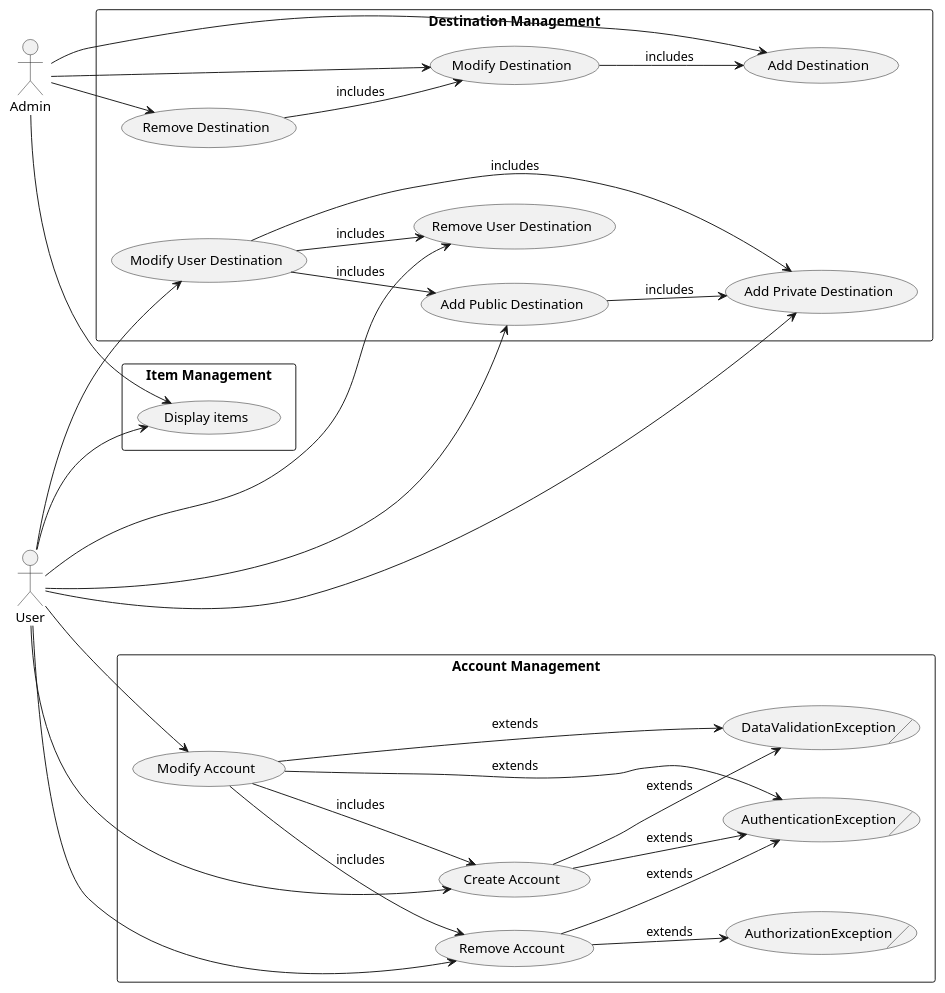
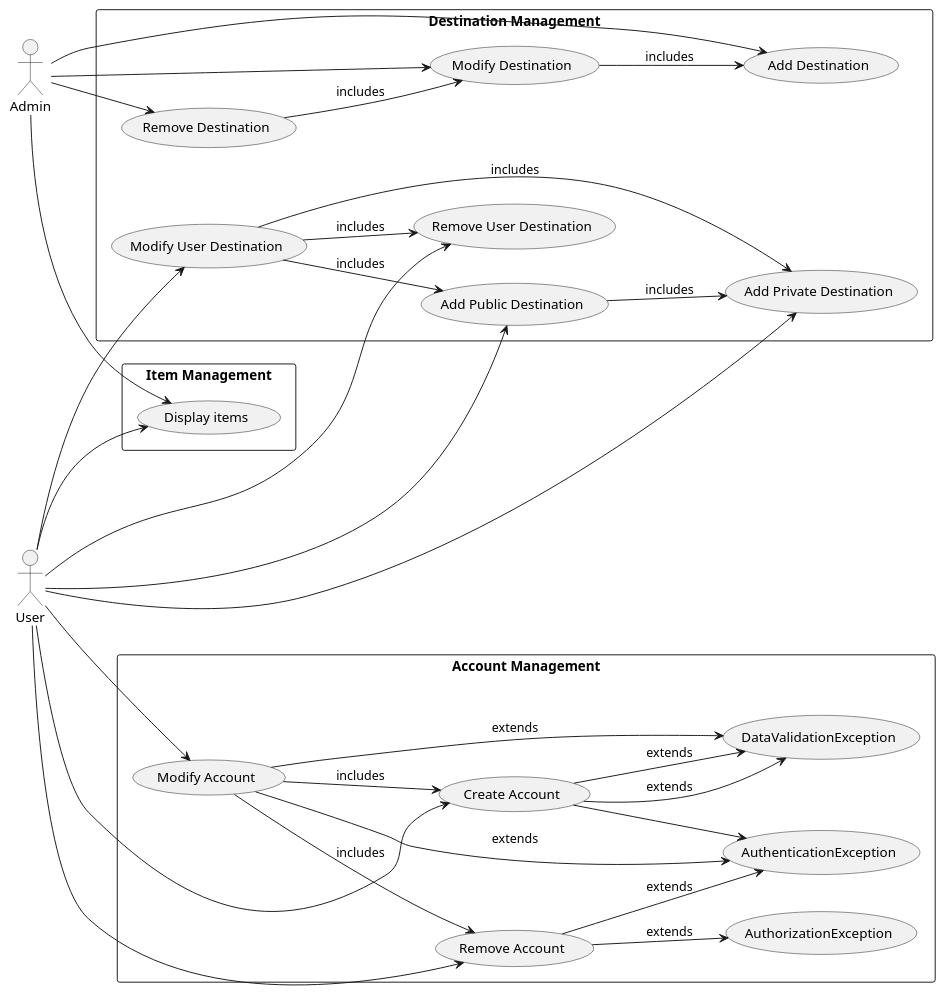
The diagram in Diagrams/UseCasesDiagram.puml (marianguceanu/Software-Engineering-Project), drawn with PlantUML before and after one commit. The commit also changed 1 other file, not shown here.

Commit message:
making class diagrams

```diff
--- a/Diagrams/UseCasesDiagram.puml
+++ b/Diagrams/UseCasesDiagram.puml
@@ -1,42 +1,43 @@
-@startuml
+@startuml UseCases
 left to right direction
 actor Admin
 actor User
 
 rectangle "Destination Management" {
   Admin --> (Add Destination)
   Admin --> (Modify Destination)
   Admin --> (Remove Destination)
   User --> (Add Public Destination)
   User --> (Add Private Destination)
   User --> (Modify User Destination)
   User --> (Remove User Destination)
   (Add Public Destination)
 }
 
 rectangle "Account Management" {
   User --> (Create Account)
   User --> (Modify Account)
   User --> (Remove Account)
-  (Create Account) --> (AuthenticationException)/ : extends
-  (Create Account) --> (DataValidationException)/ : extends
-  (Modify Account) --> (AuthenticationException)/ : extends
-  (Modify Account) --> (DataValidationException)/ : extends
-  (Remove Account) --> (AuthenticationException)/ : extends
-  (Remove Account) --> (AuthorizationException)/ : extends
+  (Create Account) --> (AuthenticationException)
+  (Create Account) --> (DataValidationException) : extends
+  (Create Account) --> (DataValidationException) : extends
+  (Modify Account) --> (AuthenticationException) : extends
+  (Modify Account) --> (DataValidationException) : extends
+  (Remove Account) --> (AuthenticationException) : extends
+  (Remove Account) --> (AuthorizationException): extends
 }
 
 rectangle "Item Management" {
   Admin --> (Display items)
   User --> (Display items)
 }
 
 (Add Public Destination) --> (Add Private Destination) : includes
 (Modify Destination) --> (Add Destination) : includes
 (Remove Destination) --> (Modify Destination) : includes
 (Modify User Destination) --> (Add Public Destination) : includes
 (Modify User Destination) --> (Add Private Destination) : includes
 (Modify User Destination) --> (Remove User Destination) : includes
 (Modify Account) --> (Create Account) : includes
 (Modify Account) --> (Remove Account) : includes
 @enduml
```
